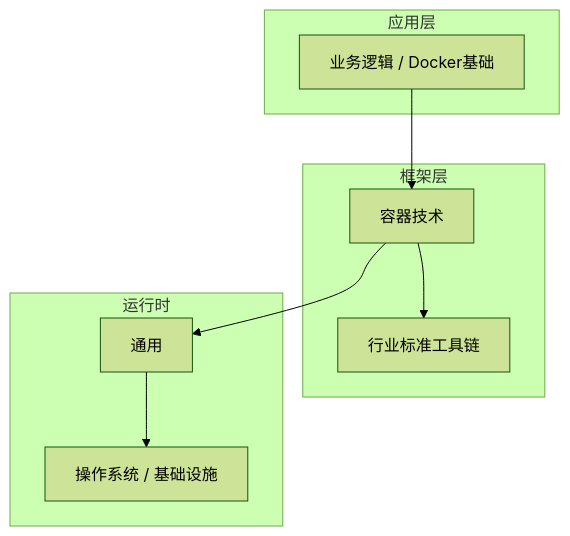
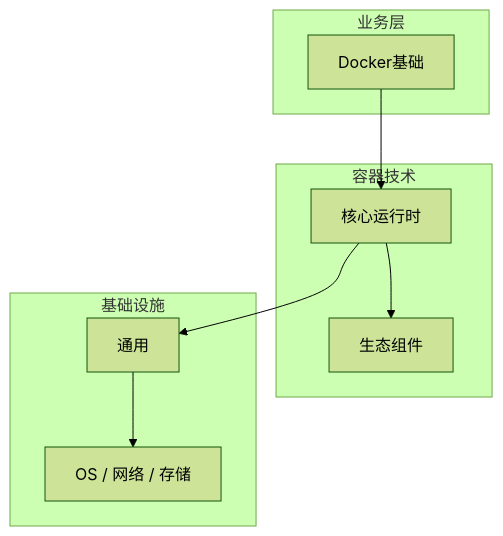
Before and after one commit to yanggan2015/knowledge-json-v2: the diagram in articles/容器技术/chapters/041-Docker基础核心概念与原理.md, drawn with Mermaid (forest theme). The commit also changed other lines of this file and 10127 other files, not shown here.

````diff
--- a/articles/容器技术/chapters/041-Docker基础核心概念与原理.md
+++ b/articles/容器技术/chapters/041-Docker基础核心概念与原理.md
@@ -45,18 +34,18 @@
 ```mermaid
 graph TB
-    subgraph 应用层
-        A[业务逻辑 / Docker基础]
+    subgraph 业务层
+        A[Docker基础]
     end
-    subgraph 框架层
-        B[容器技术]
-        C[行业标准工具链]
+    subgraph 容器技术
+        B[核心运行时]
+        C[生态组件]
     end
-    subgraph 运行时
+    subgraph 基础设施
         D[通用]
-        E[操作系统 / 基础设施]
+        E[OS / 网络 / 存储]
     end
     A --> B
     B --> C
     B --> D
     D --> E
 ```
````
